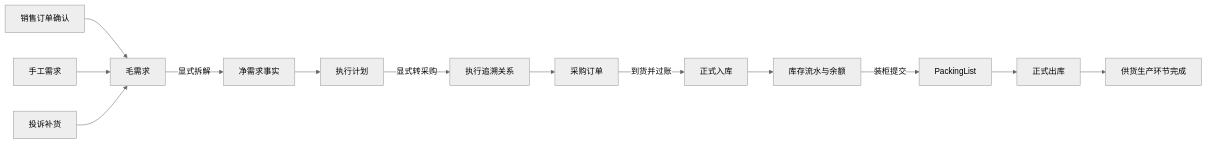
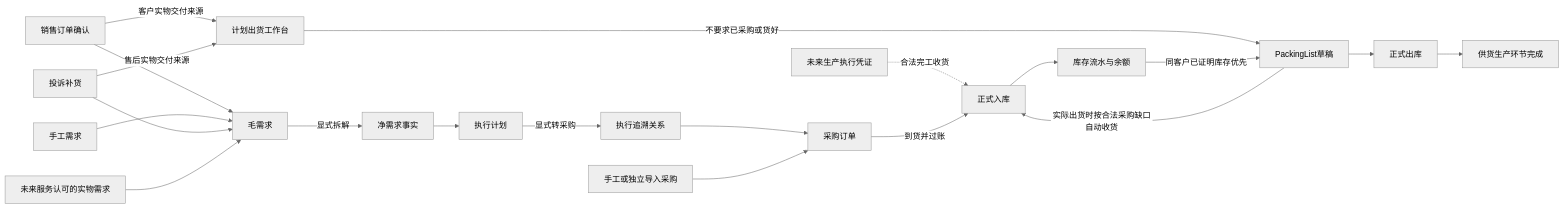
One commit to yanwei175/SwiftExport changed the first of 3 diagrams in .agents/references/ERP业务流程导航图.md. Above: the diagram before and after it, drawn with Mermaid (neutral theme). The commit also changed other lines of this file and 46 other files, not shown here.

````diff
--- a/.agents/references/ERP业务流程导航图.md
+++ b/.agents/references/ERP业务流程导航图.md
@@ -24,16 +24,23 @@
 ```mermaid
 flowchart LR
     SO[销售订单确认] --> GD[毛需求]
     MD[手工需求] --> GD
     CR[投诉补货] --> GD
+    SR[未来服务认可的实物需求] --> GD
 
     GD -->|显式拆解| ND[净需求事实]
     ND --> AL[执行计划]
     AL -->|显式转采购| DL[执行追溯关系]
     DL --> PO[采购订单]
+    MP[手工或独立导入采购] --> PO
+    WO[未来生产执行凭证] -.合法完工收货.-> IN
     PO -->|到货并过账| IN[正式入库]
     IN --> INV[库存流水与余额]
-    INV -->|装柜提交| PL[PackingList]
+    SO -->|客户实物交付来源| PLAN[计划出货工作台]
+    CR -->|售后实物交付来源| PLAN
+    PLAN -->|不要求已采购或货好| PL[PackingList草稿]
+    INV -->|同客户已证明库存优先| PL
+    PL -->|实际出货时按合法采购缺口自动收货| IN
     PL --> OUT[正式出库]
     OUT --> DONE[供货生产环节完成]
 ```
````
